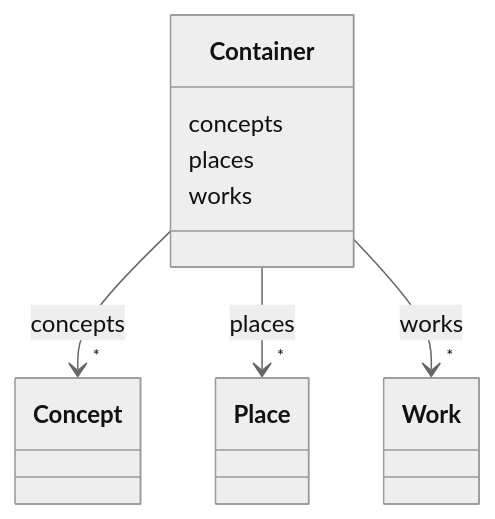
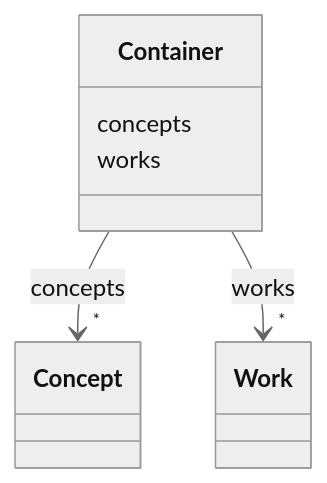
The diagram in docs/Container.md (arqtrad/schema), drawn with Mermaid (neutral theme) before and after one commit. The commit also changed other lines of this file and 52 other files, not shown here.

````diff
--- a/docs/Container.md
+++ b/docs/Container.md
@@ -23,39 +23,28 @@
 ```mermaid
  classDiagram
     class Container
     click Container href "../Container/"
       Container : concepts
 
 
 
 
 
         Container --> "*" Concept : concepts
         click Concept href "../Concept/"
-
-
-
-      Container : places
-
-
-
-
-
-        Container --> "*" Place : places
-        click Place href "../Place/"
 
 
 
       Container : works
 
 
 
 
 
         Container --> "*" Work : works
         click Work href "../Work/"
 
 
 
 
 ```
````
